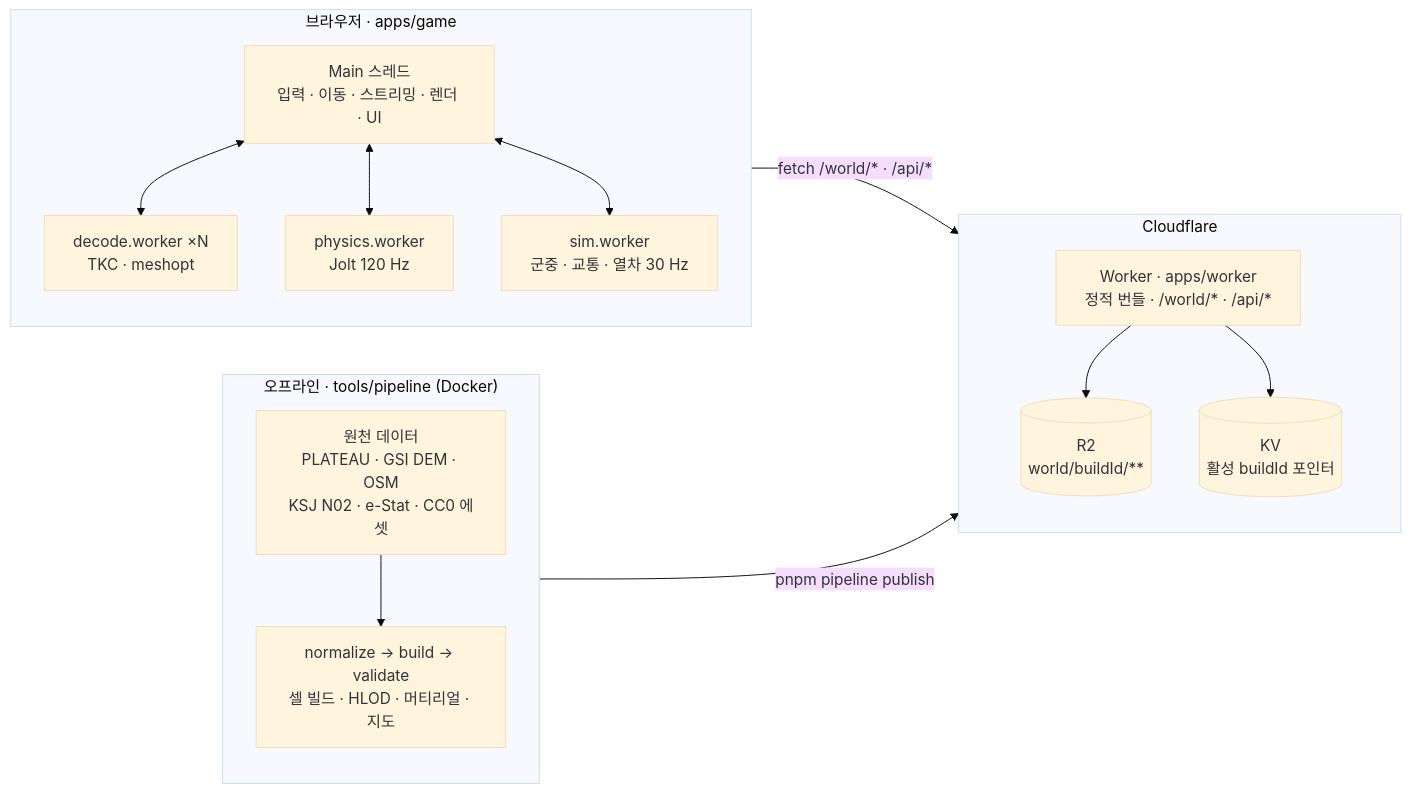
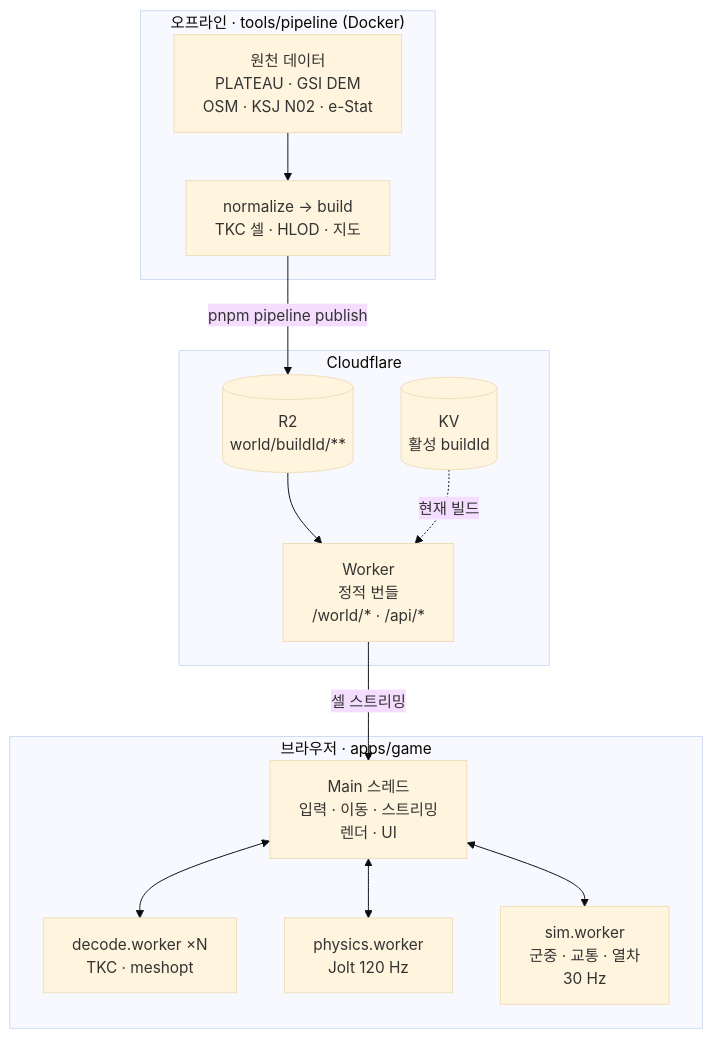
One commit to kolom1234/tokyoOpenWorld changed the diagram in README.md. Above: the diagram before and after it, drawn with Mermaid (base theme).

Commit message:
docs(readme): top-down architecture diagram with shorter labels

````diff
--- a/README.md
+++ b/README.md
@@ -121,29 +121,26 @@
 ```mermaid
-flowchart LR
+flowchart TB
   subgraph OFF["오프라인 · tools/pipeline (Docker)"]
-    direction TB
-    SRC["원천 데이터<br/>PLATEAU · GSI DEM · OSM<br/>KSJ N02 · e-Stat · CC0 에셋"]
-    PIPE["normalize → build → validate<br/>셀 빌드 · HLOD · 머티리얼 · 지도"]
-    SRC --> PIPE
+    SRC["원천 데이터<br/>PLATEAU · GSI DEM<br/>OSM · KSJ N02 · e-Stat"]
+    PIPE["normalize → build<br/>TKC 셀 · HLOD · 지도"]
   end
   subgraph CF["Cloudflare"]
-    direction TB
-    W["Worker · apps/worker<br/>정적 번들 · /world/* · /api/*"]
     R2[("R2<br/>world/buildId/**")]
-    KV[("KV<br/>활성 buildId 포인터")]
-    W --> R2
-    W --> KV
+    W["Worker<br/>정적 번들<br/>/world/* · /api/*"]
+    KV[("KV<br/>활성 buildId")]
   end
   subgraph BR["브라우저 · apps/game"]
-    direction TB
-    MAIN["Main 스레드<br/>입력 · 이동 · 스트리밍 · 렌더 · UI"]
+    MAIN["Main 스레드<br/>입력 · 이동 · 스트리밍<br/>렌더 · UI"]
     DEC["decode.worker ×N<br/>TKC · meshopt"]
     PHY["physics.worker<br/>Jolt 120 Hz"]
-    SIM["sim.worker<br/>군중 · 교통 · 열차 30 Hz"]
-    MAIN <--> DEC
-    MAIN <--> PHY
-    MAIN <--> SIM
+    SIM["sim.worker<br/>군중 · 교통 · 열차<br/>30 Hz"]
   end
+  SRC --> PIPE
   PIPE -- "pnpm pipeline publish" --> R2
-  MAIN -- "fetch /world/* · /api/*" --> W
+  R2 --> W
+  KV -. "현재 빌드" .-> W
+  W -- "셀 스트리밍" --> MAIN
+  MAIN <--> DEC
+  MAIN <--> PHY
+  MAIN <--> SIM
 ```
````
